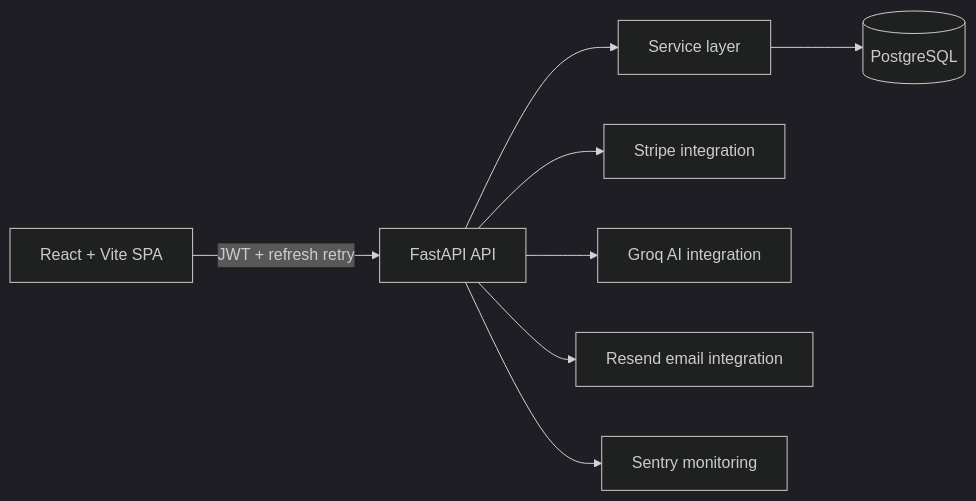
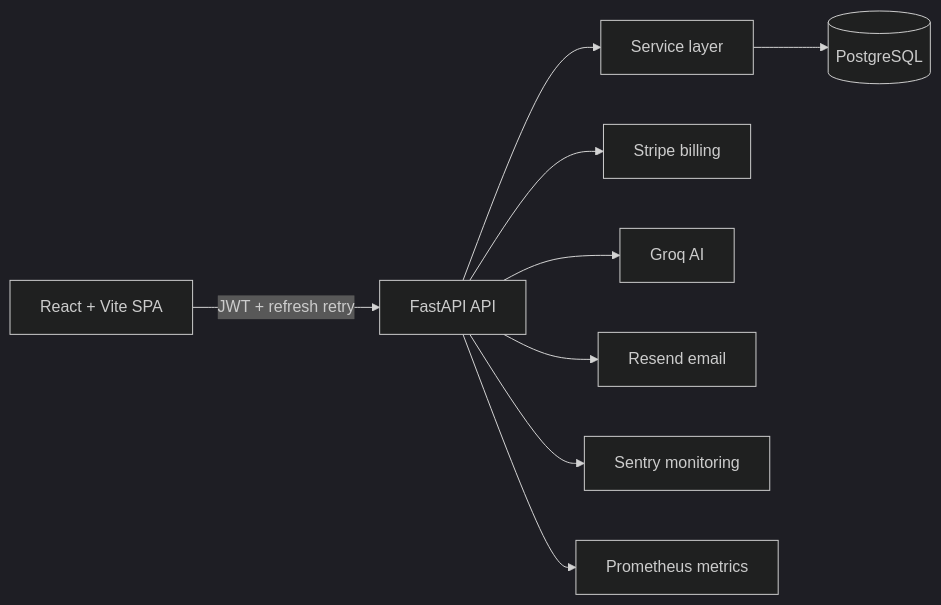
Before and after one commit to alexmachulsky/gym-app: the diagram in README.md, drawn with Mermaid (dark theme). The commit also changed other lines of this file and 21 other files, not shown here.

````diff
--- a/README.md
+++ b/README.md
@@ -81,10 +98,11 @@
 ```mermaid
 flowchart LR
     A[React + Vite SPA] -->|JWT + refresh retry| B[FastAPI API]
     B --> C[Service layer]
     C --> D[(PostgreSQL)]
-    B --> E[Stripe integration]
-    B --> F[Groq AI integration]
-    B --> G[Resend email integration]
+    B --> E[Stripe billing]
+    B --> F[Groq AI]
+    B --> G[Resend email]
     B --> H[Sentry monitoring]
+    B --> I[Prometheus metrics]
 ```
````
